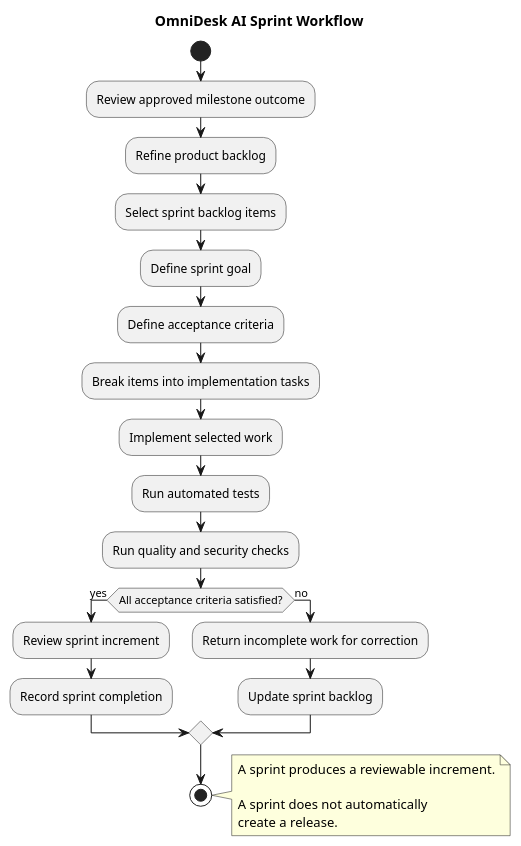
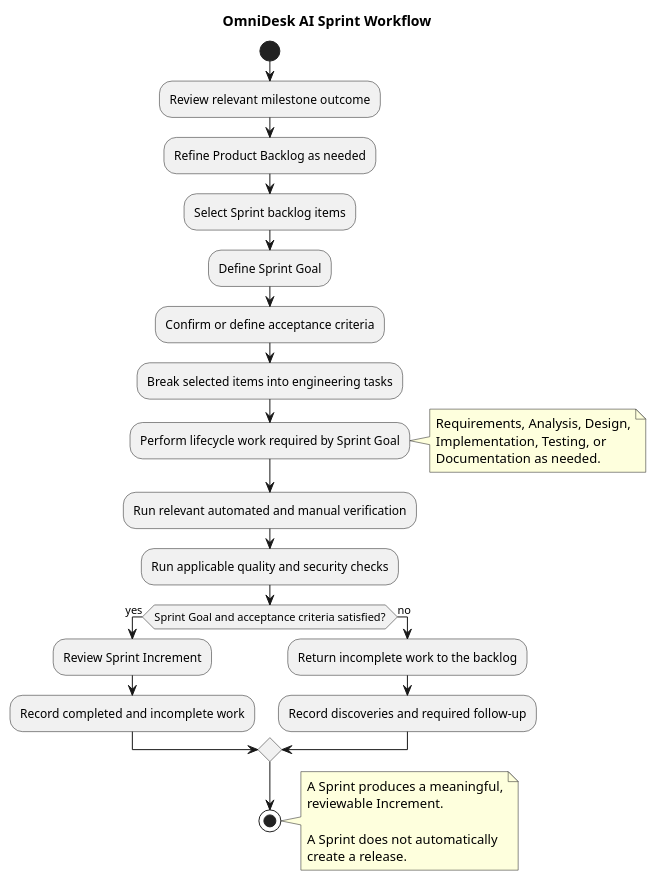
One commit to Farhad-Valizadegan/Web-OmniDesk changed the diagram in docs/Project-Management/diagrams/sprint-workflow.puml. Above: the diagram before and after it, drawn with PlantUML.

Commit message:
docs: generalize sprint workflow diagram

```diff
--- a/docs/Project-Management/diagrams/sprint-workflow.puml
+++ b/docs/Project-Management/diagrams/sprint-workflow.puml
@@ -1,33 +1,39 @@
 @startuml
 title OmniDesk AI Sprint Workflow
 
 start
 
-:Review approved milestone outcome;
-:Refine product backlog;
-:Select sprint backlog items;
-:Define sprint goal;
-:Define acceptance criteria;
-:Break items into implementation tasks;
-:Implement selected work;
-:Run automated tests;
-:Run quality and security checks;
+:Review relevant milestone outcome;
+:Refine Product Backlog as needed;
+:Select Sprint backlog items;
+:Define Sprint Goal;
+:Confirm or define acceptance criteria;
+:Break selected items into engineering tasks;
+:Perform lifecycle work required by Sprint Goal;
+note right
+Requirements, Analysis, Design,
+Implementation, Testing, or
+Documentation as needed.
+end note
+:Run relevant automated and manual verification;
+:Run applicable quality and security checks;
 
-if (All acceptance criteria satisfied?) then (yes)
-  :Review sprint increment;
-  :Record sprint completion;
+if (Sprint Goal and acceptance criteria satisfied?) then (yes)
+  :Review Sprint Increment;
+  :Record completed and incomplete work;
 else (no)
-  :Return incomplete work for correction;
-  :Update sprint backlog;
+  :Return incomplete work to the backlog;
+  :Record discoveries and required follow-up;
 endif
 
 stop
 
 note right
-A sprint produces a reviewable increment.
+A Sprint produces a meaningful,
+reviewable Increment.
 
-A sprint does not automatically
+A Sprint does not automatically
 create a release.
 end note
 
 @enduml
```
